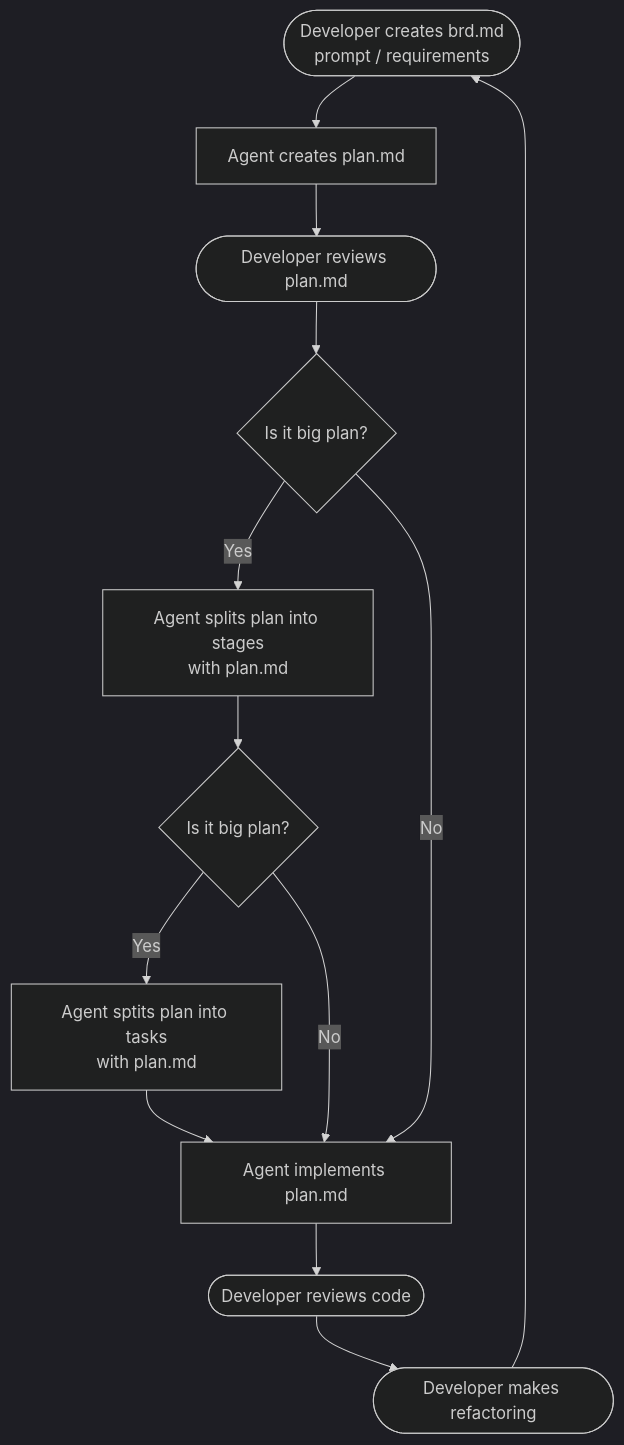
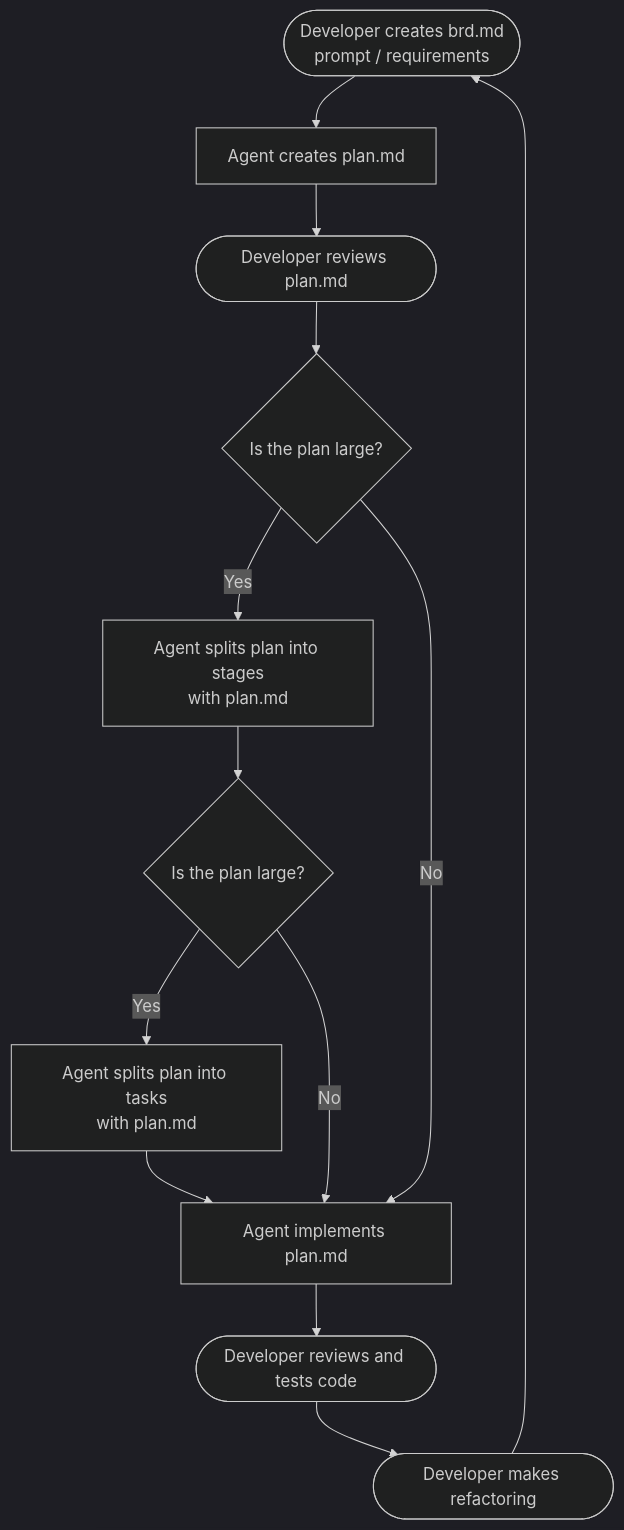
The diagram in design/presentaion.md (iJustHelp/dev-context-mcp-server), drawn with Mermaid (dark theme) before and after one commit. The commit also changed other lines of this file, not shown here.

````diff
--- a/design/presentaion.md
+++ b/design/presentaion.md
@@ -7,15 +9,15 @@
 ```mermaid
 flowchart TD
     BRD([Developer creates brd.md<br/>prompt / requirements]) --> Plan[Agent creates plan.md]
     Plan --> ReviewPlan([Developer reviews plan.md])
-    ReviewPlan --> IsBigPlan{Is it big plan?}
+    ReviewPlan --> IsBigPlan{Is the plan large?}
     IsBigPlan -- Yes --> SplitStages[Agent splits plan into stages<br>with plan.md]
-    SplitStages --> IsStageBig{Is it big plan?}
-    IsStageBig -- Yes --> SplitTasks[Agent sptits plan into tasks<br>with plan.md]
+    SplitStages --> IsStageBig{Is the plan large?}
+    IsStageBig -- Yes --> SplitTasks[Agent splits plan into tasks<br>with plan.md]
     SplitTasks -->  ImplementPlan[Agent implements plan.md]
     IsBigPlan -- No --> ImplementPlan
     IsStageBig -- No --> ImplementPlan
-    ImplementPlan --> DevReview([Developer reviews code])
+    ImplementPlan --> DevReview([Developer reviews and tests code])
     DevReview --> Refactoring([Developer makes refactoring])
     Refactoring --> BRD
 ```    
````
